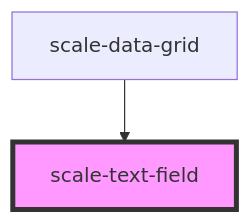
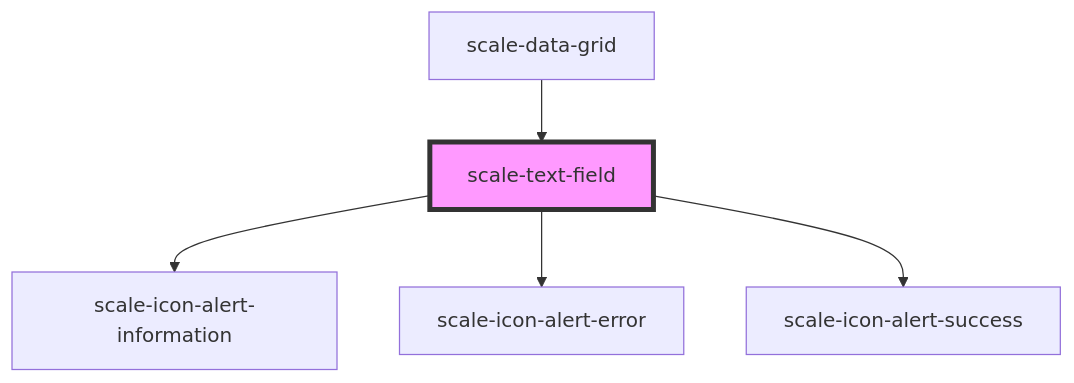
One commit to telekom/scale changed the diagram in packages/components/src/components/text-field/readme.md. Above: the diagram before and after it, drawn with Mermaid. The commit also changed other lines of this file and 3 other files, not shown here.

````diff
--- a/packages/components/src/components/text-field/readme.md
+++ b/packages/components/src/components/text-field/readme.md
@@ -61,5 +70,8 @@
 ```mermaid
 graph TD;
+  scale-text-field --> scale-icon-alert-information
+  scale-text-field --> scale-icon-alert-error
+  scale-text-field --> scale-icon-alert-success
   scale-data-grid --> scale-text-field
   style scale-text-field fill:#f9f,stroke:#333,stroke-width:4px
 ```
````
